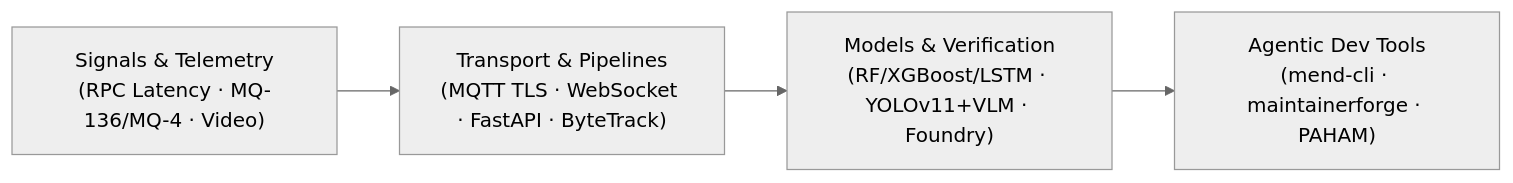
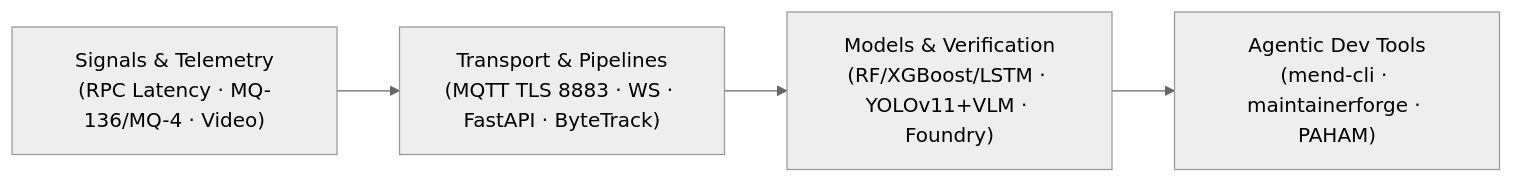
One commit to 0xbonson/0xbonson changed the diagram in README.md. Above: the diagram before and after it, drawn with Mermaid (neutral theme). The commit also changed other lines of this file, not shown here.

````diff
--- a/README.md
+++ b/README.md
@@ -16,6 +45,6 @@
 ```mermaid
 flowchart LR
-    S["Signals & Telemetry\n(RPC Latency · MQ-136/MQ-4 · Video)"] --> T["Transport & Pipelines\n(MQTT TLS · WebSocket · FastAPI · ByteTrack)"]
+    S["Signals & Telemetry\n(RPC Latency · MQ-136/MQ-4 · Video)"] --> T["Transport & Pipelines\n(MQTT TLS 8883 · WS · FastAPI · ByteTrack)"]
     T --> M["Models & Verification\n(RF/XGBoost/LSTM · YOLOv11+VLM · Foundry)"]
     M --> A["Agentic Dev Tools\n(mend-cli · maintainerforge · PAHAM)"]
 ```
````
